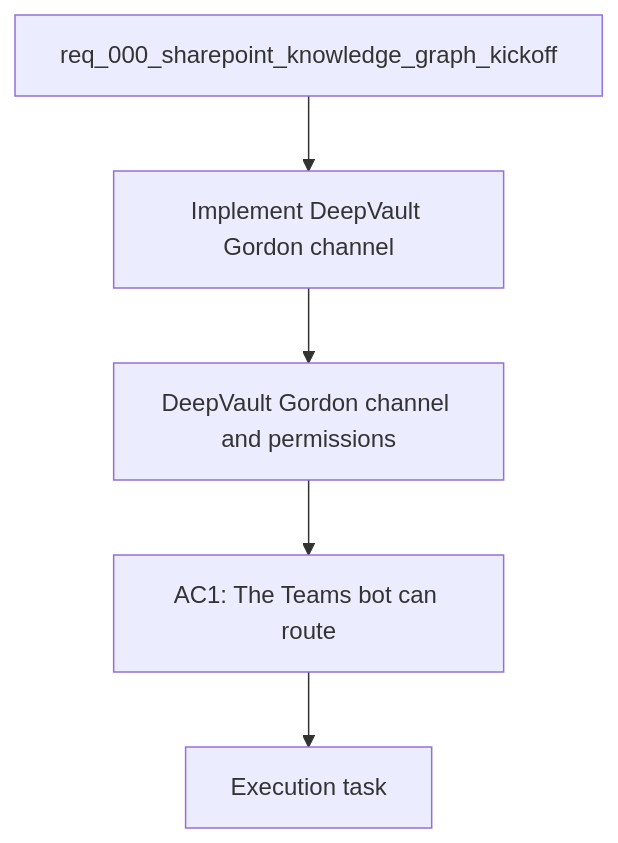
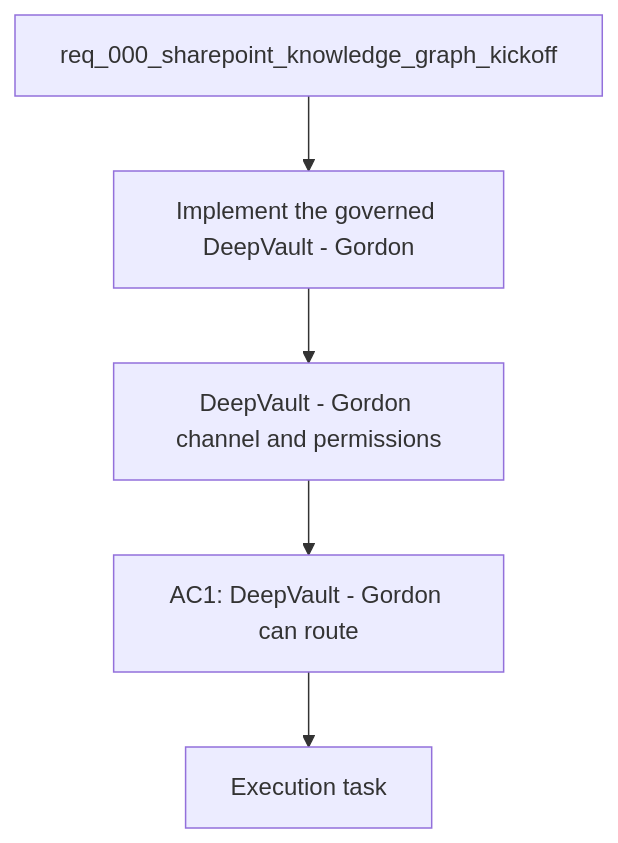
Before and after one commit to AlexAgo83/deepvault: the diagram in logics/backlog/item_012_teams_bot_channel_and_permissions.md, drawn with Mermaid. The commit also changed other lines of this file and 28 other files, not shown here.

Commit message:
Align DeepVault docs and UI workflow guardrails

````diff
--- a/logics/backlog/item_012_teams_bot_channel_and_permissions.md
+++ b/logics/backlog/item_012_teams_bot_channel_and_permissions.md
@@ -23,9 +23,9 @@
 ```mermaid
 %% logics-kind: backlog
 %% logics-signature: backlog|deepvault-gordon-channel-and-permissions|req-000-sharepoint-knowledge-graph-kicko|implement-the-governed-deepvault-gordon|ac1-deepvault-gordon-can-route
 flowchart TD
-    Request[req_000_sharepoint_knowledge_graph_kickoff] --> Problem[Implement DeepVault Gordon channel]
-    Problem --> Scope[DeepVault Gordon channel and permissions]
-    Scope --> Acceptance[AC1: The Teams bot can route]
+    Request[req_000_sharepoint_knowledge_graph_kickoff] --> Problem[Implement the governed DeepVault - Gordon]
+    Problem --> Scope[DeepVault - Gordon channel and permissions]
+    Scope --> Acceptance[AC1: DeepVault - Gordon can route]
     Acceptance --> Tasks[Execution task]
 ```
````
